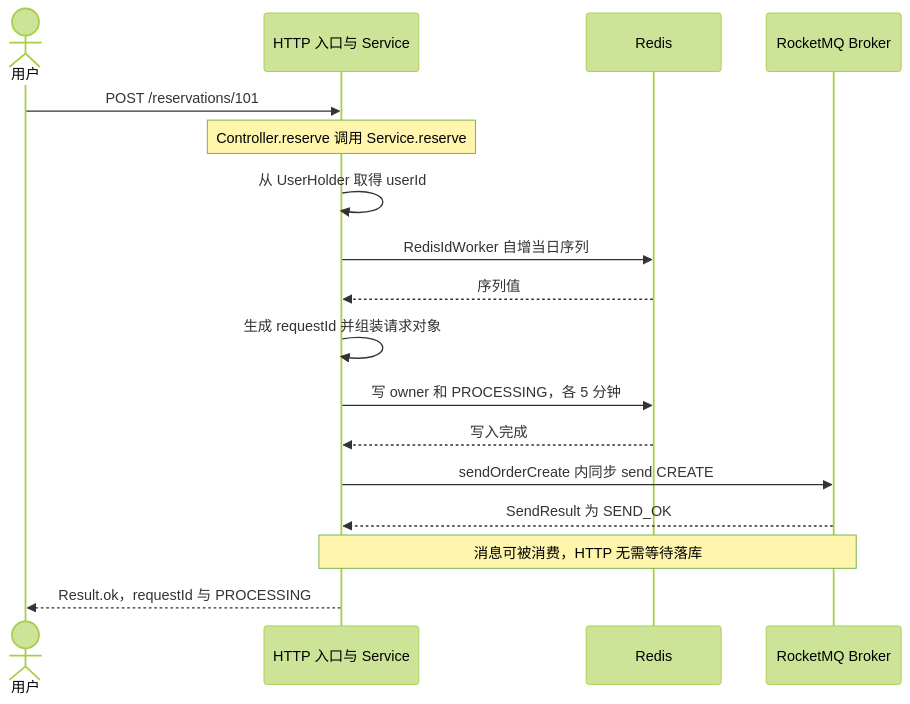
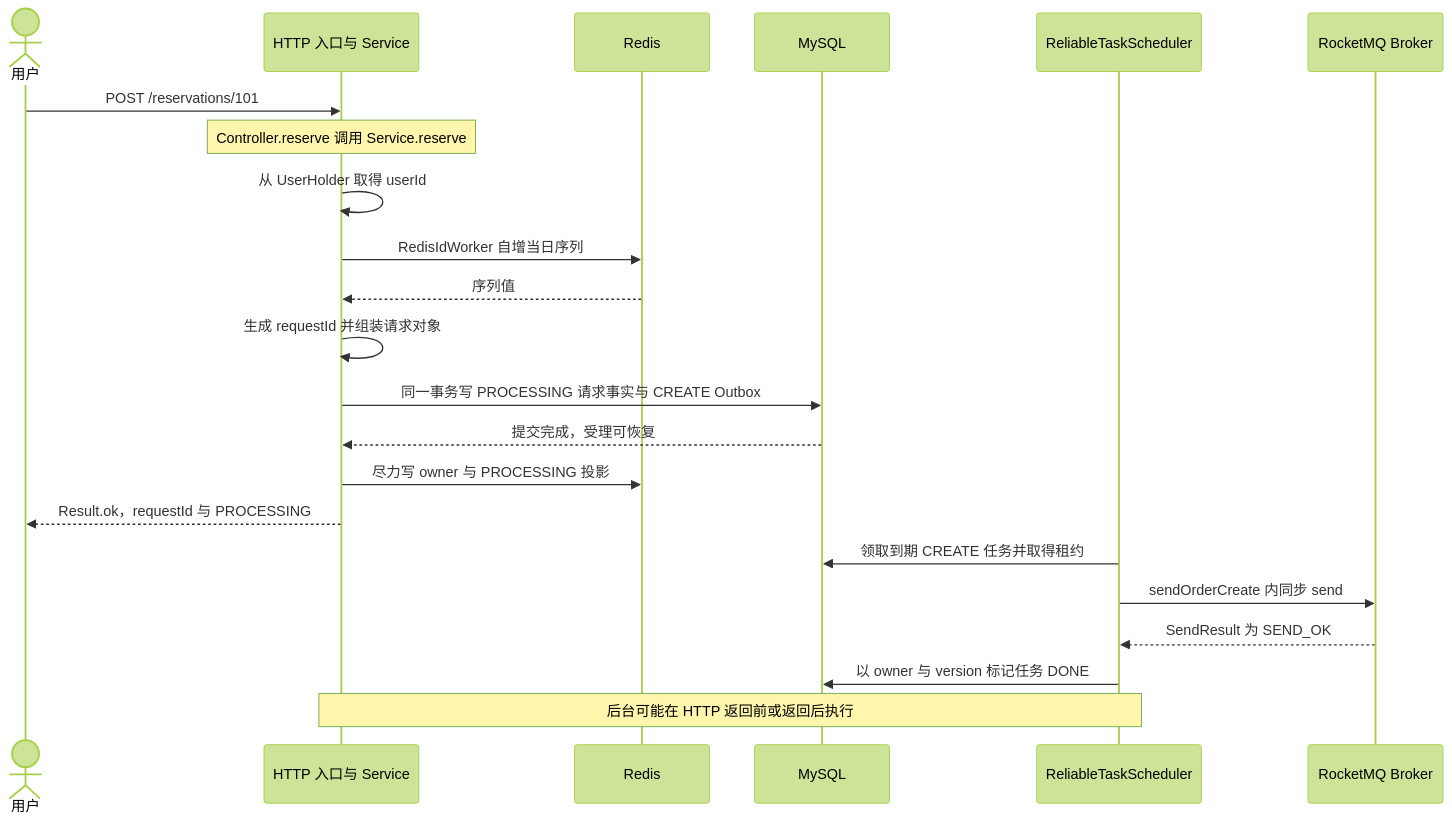
The ninth of 12 diagrams in 01-异步预约与防超卖.md (SyH-101/citypass-platform), drawn with Mermaid (forest theme) before and after one commit. The commit also changed other lines of this file and 1 other file, not shown here.

````diff
--- a/01-异步预约与防超卖.md
+++ b/01-异步预约与防超卖.md
@@ -858,19 +891,24 @@
 ```mermaid
 sequenceDiagram
     actor U as 用户
     participant H as HTTP 入口与 Service
     participant R as Redis
+    participant D as MySQL
+    participant X as ReliableTaskScheduler
     participant Q as RocketMQ Broker
     U->>H: POST /reservations/101
     Note over H: Controller.reserve 调用 Service.reserve
     H->>H: 从 UserHolder 取得 userId
     H->>R: RedisIdWorker 自增当日序列
     R-->>H: 序列值
     H->>H: 生成 requestId 并组装请求对象
-    H->>R: 写 owner 和 PROCESSING，各 5 分钟
-    R-->>H: 写入完成
-    H->>Q: sendOrderCreate 内同步 send CREATE
-    Q-->>H: SendResult 为 SEND_OK
-    Note over H,Q: 消息可被消费，HTTP 无需等待落库
+    H->>D: 同一事务写 PROCESSING 请求事实与 CREATE Outbox
+    D-->>H: 提交完成，受理可恢复
+    H->>R: 尽力写 owner 与 PROCESSING 投影
     H-->>U: Result.ok，requestId 与 PROCESSING
+    X->>D: 领取到期 CREATE 任务并取得租约
+    X->>Q: sendOrderCreate 内同步 send
+    Q-->>X: SendResult 为 SEND_OK
+    X->>D: 以 owner 与 version 标记任务 DONE
+    Note over H,X: 后台可能在 HTTP 返回前或返回后执行
 ```
````
